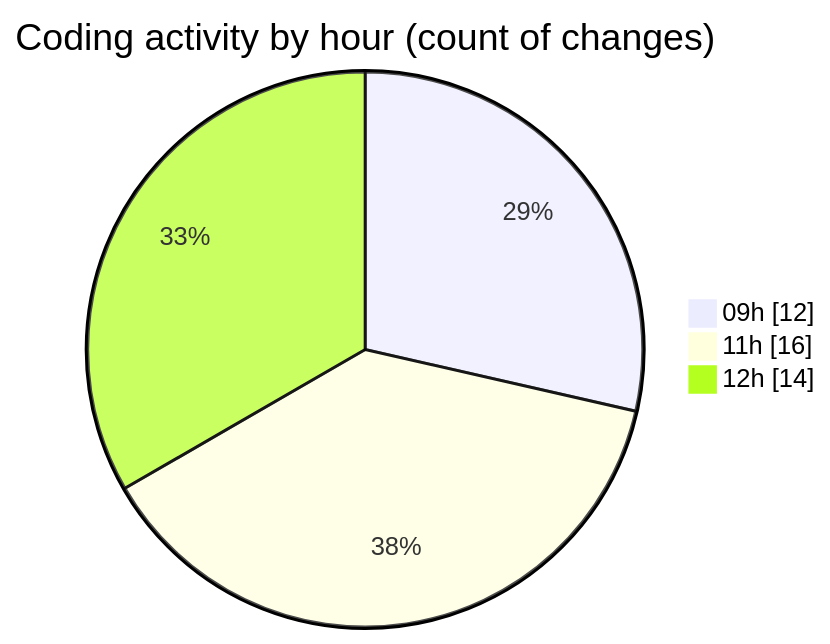
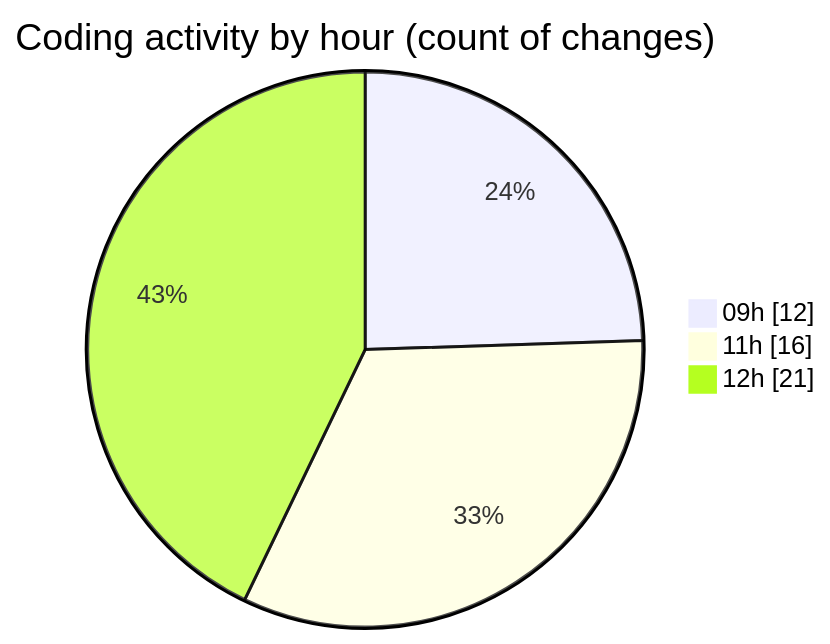
The second of 2 diagrams in 2025-02-20/mbc-web/README.md (robertbonfada/code-tracking), drawn with Mermaid before and after one commit. The commit also changed other lines of this file and 1 other file, not shown here.

````diff
--- a/2025-02-20/mbc-web/README.md
+++ b/2025-02-20/mbc-web/README.md
@@ -51,7 +52,7 @@
 ```mermaid
 pie showData
 title Coding activity by hour (count of changes)
 "09h" : 12
 "11h" : 16
-"12h" : 14
+"12h" : 21
 ```
````
